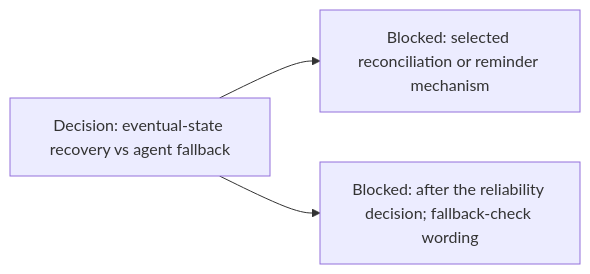
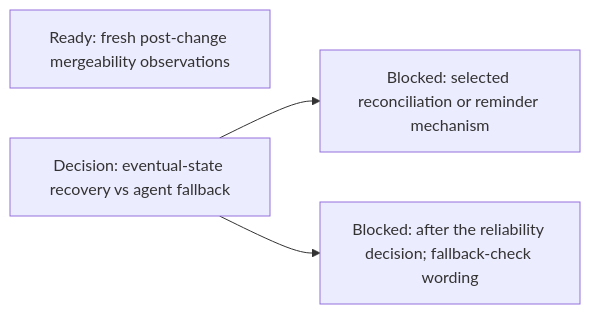
Before and after one commit to agentydragon-agent/ducktape: the fifth of 20 diagrams in agentplane/plans/task_dag.md, drawn with Mermaid. The commit also changed other lines of this file and 1 other file, not shown here.

First line of the commit message:
agentplane: track GitHub recovery coverage and live mergeability gaps (#12332)

````diff
--- a/agentplane/plans/task_dag.md
+++ b/agentplane/plans/task_dag.md
@@ -230,8 +243,9 @@
 ```mermaid
 flowchart LR
+    GITHUB_MERGEABILITY_FRESHNESS[Ready: fresh post-change mergeability observations]
     GITHUB_NOTICE_RELIABILITY_DESIGN[Decision: eventual-state recovery vs agent fallback]
     GITHUB_NOTIFICATION_RECOVERY[Blocked: selected reconciliation or reminder mechanism]
     GITHUB_SHEPHERD_GUIDANCE[Blocked: after the reliability decision; fallback-check wording]
     GITHUB_NOTICE_RELIABILITY_DESIGN --> GITHUB_NOTIFICATION_RECOVERY
     GITHUB_NOTICE_RELIABILITY_DESIGN --> GITHUB_SHEPHERD_GUIDANCE
 ```
````
